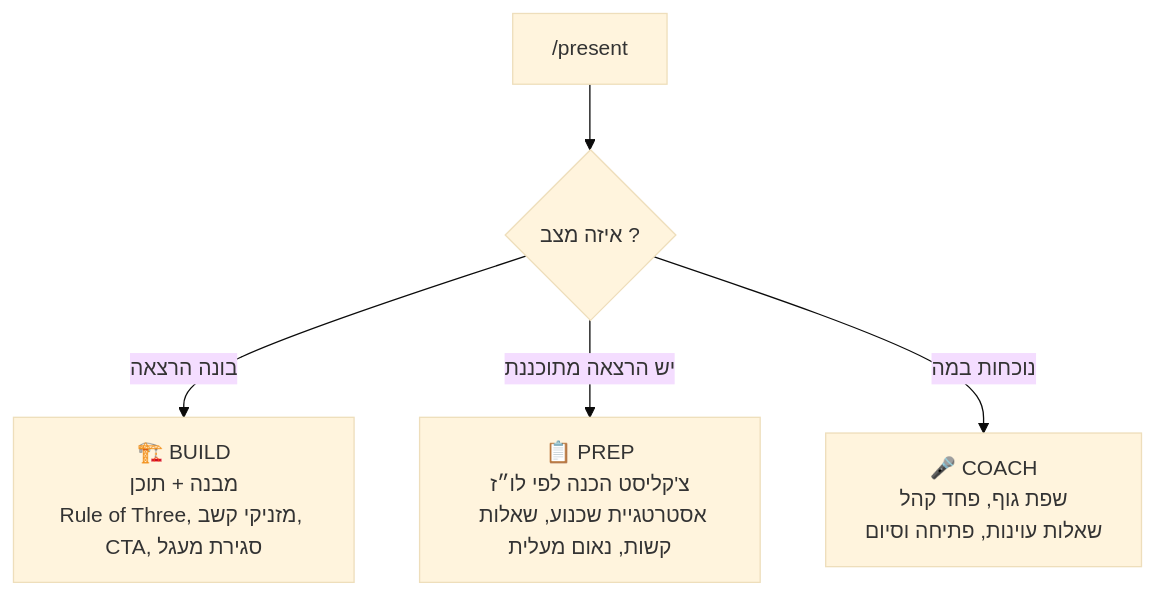
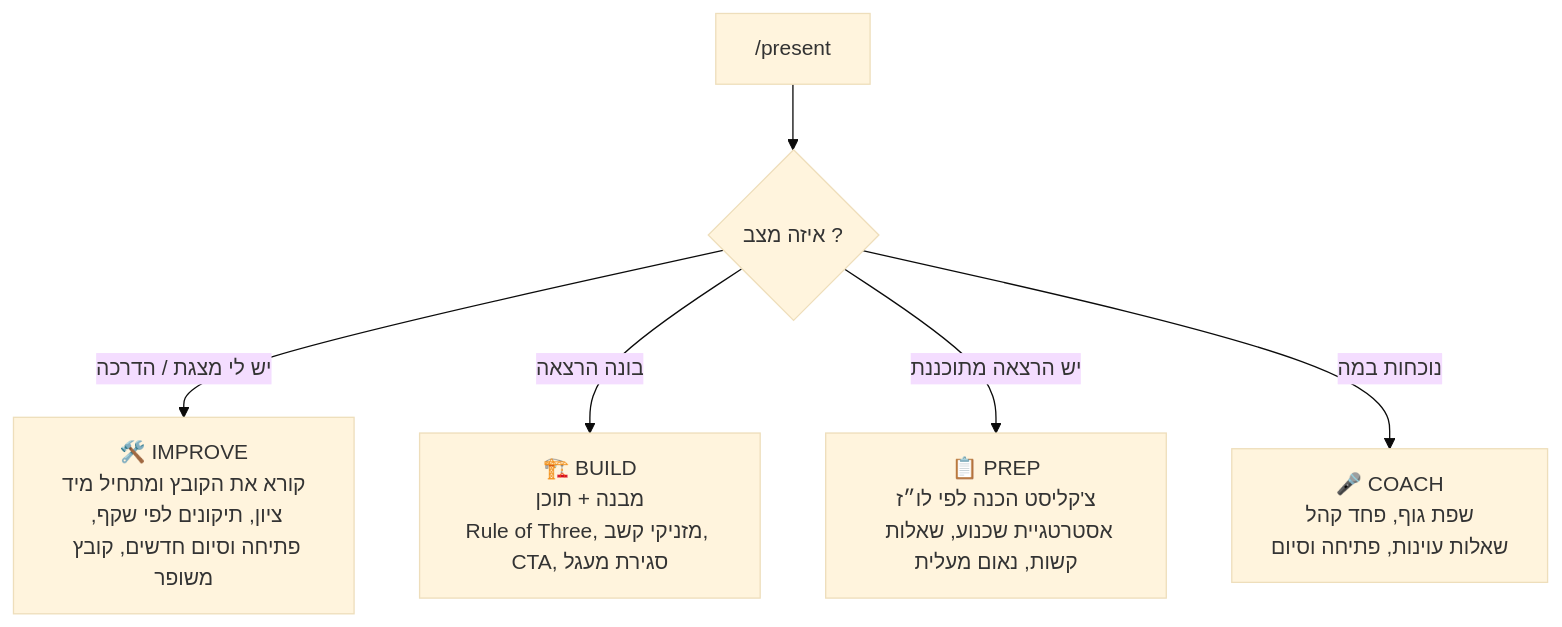
The first of 2 diagrams in README.md (guycoful/public-speaking-skill), drawn with Mermaid (base theme) before and after one commit. The commit also changed other lines of this file and 1 other file, not shown here.

First line of the commit message:
Add improve mode: start working on an existing deck immediately

````diff
--- a/README.md
+++ b/README.md
@@ -25,7 +25,8 @@
 ```mermaid
 flowchart TD
     U["/present"] --> M{"איזה מצב ?"}
+    M -->|"יש לי מצגת / הדרכה"| I["🛠️ IMPROVE<br/>קורא את הקובץ ומתחיל מיד<br/>ציון, תיקונים לפי שקף, פתיחה וסיום חדשים, קובץ משופר"]
     M -->|"בונה הרצאה"| B["🏗️ BUILD<br/>מבנה + תוכן<br/>Rule of Three, מזניקי קשב, CTA, סגירת מעגל"]
     M -->|"יש הרצאה מתוכננת"| P["📋 PREP<br/>צ'קליסט הכנה לפי לו״ז<br/>אסטרטגיית שכנוע, שאלות קשות, נאום מעלית"]
     M -->|"נוכחות במה"| C["🎤 COACH<br/>שפת גוף, פחד קהל<br/>שאלות עוינות, פתיחה וסיום"]
 ```
````
